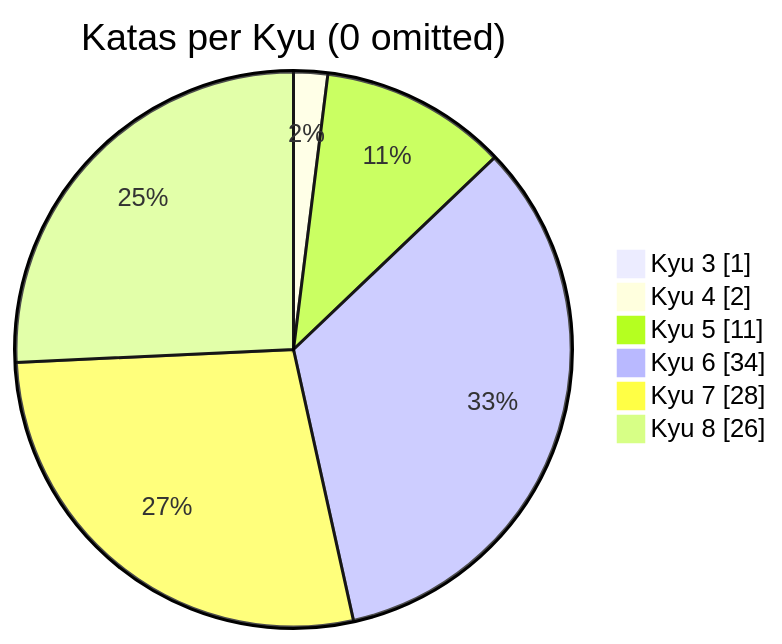
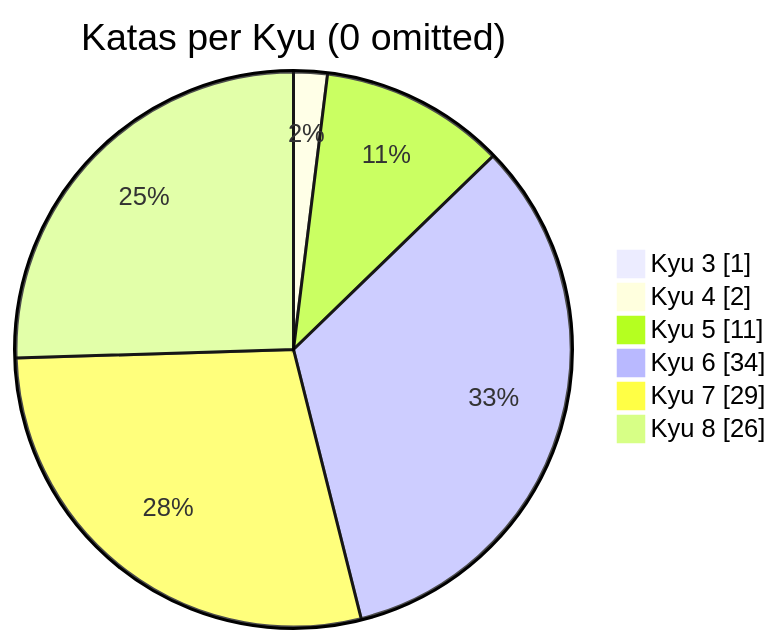
Before and after one commit to MauricioLudwig/codewars-typescript: the diagram in README.md, drawn with Mermaid. The commit also changed other lines of this file, not shown here.

````diff
--- a/README.md
+++ b/README.md
@@ -21,10 +21,10 @@
 ```mermaid
 pie showData
     title Katas per Kyu (0 omitted)
 	"Kyu 3": 1
 	"Kyu 4": 2
 	"Kyu 5": 11
 	"Kyu 6": 34
-	"Kyu 7": 28
+	"Kyu 7": 29
 	"Kyu 8": 26
 ```
````
